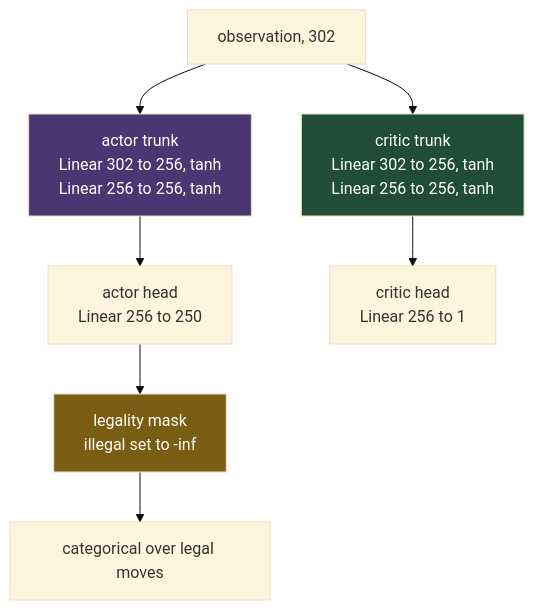
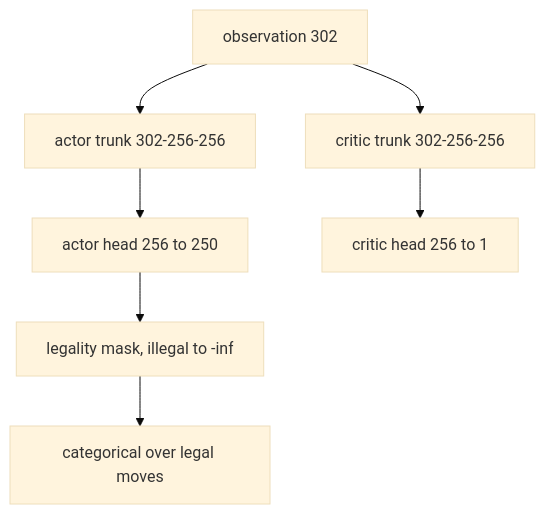
The fourth of 6 diagrams in README.md (Angle-Brackets/TTRSolver), drawn with Mermaid (base theme) before and after one commit. The commit also changed other lines of this file, not shown here.

First line of the commit message:
README: drop the sermon, document training, plain-text diagrams

````diff
--- a/README.md
+++ b/README.md
@@ -360,13 +308,9 @@
 ```mermaid
-graph TD
-    O["observation, 302"] --> T1["actor trunk<br/>Linear 302 to 256, tanh<br/>Linear 256 to 256, tanh"]
-    O --> T2["critic trunk<br/>Linear 302 to 256, tanh<br/>Linear 256 to 256, tanh"]
-    T1 --> A["actor head<br/>Linear 256 to 250"]
-    T2 --> V["critic head<br/>Linear 256 to 1"]
-    A --> MK["legality mask<br/>illegal set to -inf"]
-    MK --> D["categorical over legal moves"]
-
-    style T1 fill:#4a3670,color:#fff
-    style T2 fill:#1f4d38,color:#fff
-    style MK fill:#7a5c12,color:#fff
+flowchart TD
+    O[observation 302] --> T1[actor trunk 302-256-256]
+    O --> T2[critic trunk 302-256-256]
+    T1 --> A[actor head 256 to 250]
+    T2 --> V[critic head 256 to 1]
+    A --> MK[legality mask, illegal to -inf]
+    MK --> D[categorical over legal moves]
 ```
````
